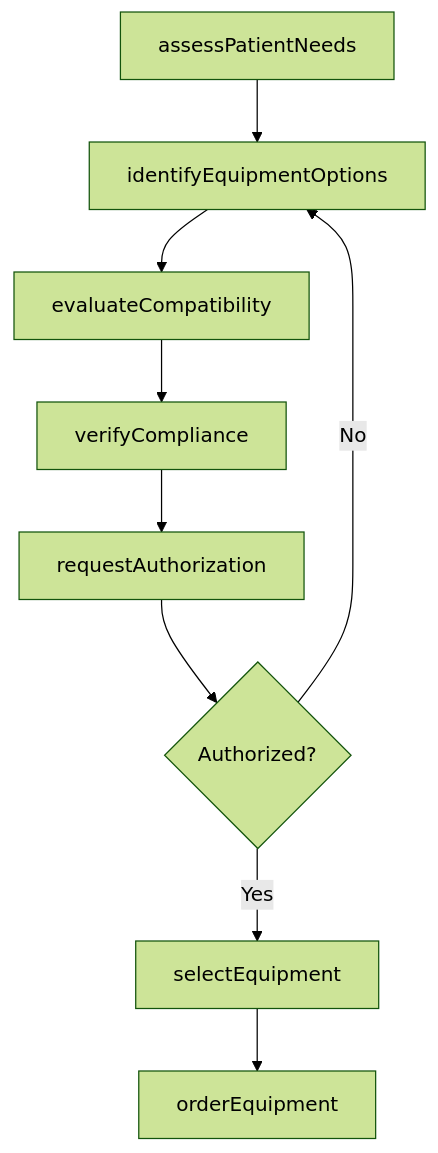
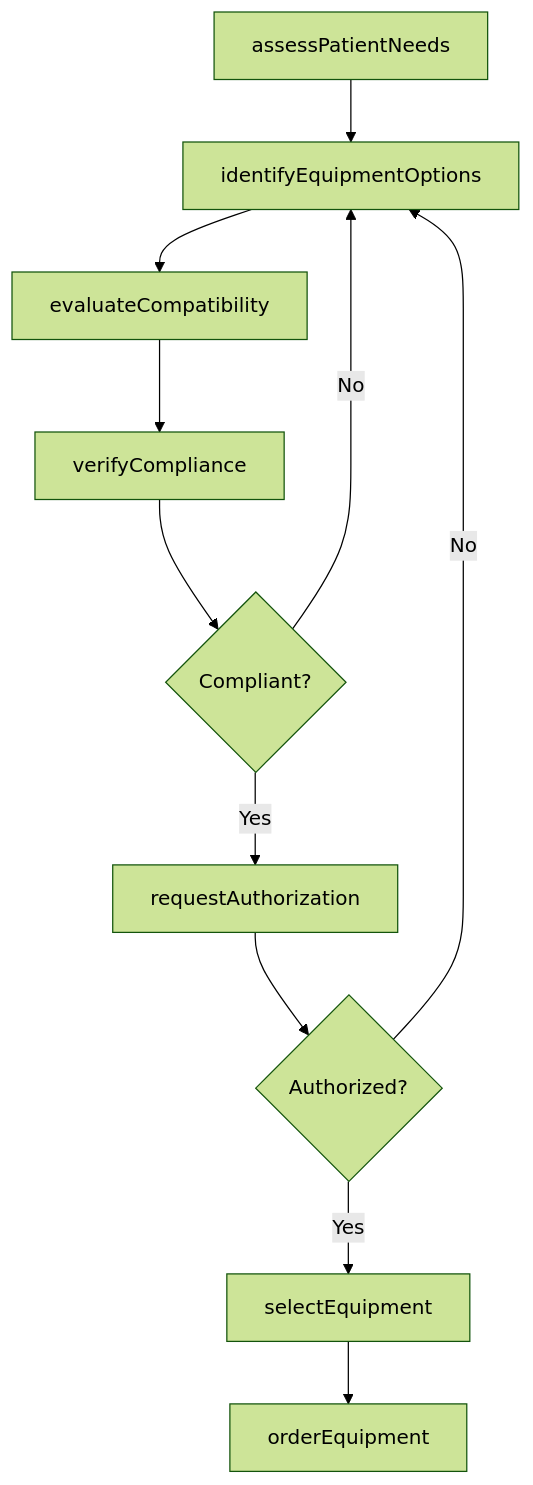
One commit to dot-org-ai/tasks.org.ai changed the third of 4 diagrams in MakingDecisionsAndSolvingProblems/SelectMaterialsOrEquipmentForOperationsOrProjects/SelectMedicalEquipmentAddressingPatient.mdx. Above: the diagram before and after it, drawn with Mermaid (forest theme). The commit also changed other lines of this file and 71 other files, not shown here.

Commit message:
feat: Add ER diagrams, state diagrams to 72 more DWA task files (wave 2 continued)

````diff
--- a/MakingDecisionsAndSolvingProblems/SelectMaterialsOrEquipmentForOperationsOrProjects/SelectMedicalEquipmentAddressingPatient.mdx
+++ b/MakingDecisionsAndSolvingProblems/SelectMaterialsOrEquipmentForOperationsOrProjects/SelectMedicalEquipmentAddressingPatient.mdx
@@ -86,11 +113,13 @@
 ```mermaid
 graph TD
     A[assessPatientNeeds] --> B[identifyEquipmentOptions]
     B --> C[evaluateCompatibility]
     C --> D[verifyCompliance]
-    D --> E[requestAuthorization]
-    E --> F{Authorized?}
-    F -->|Yes| G[selectEquipment]
-    F -->|No| B
-    G --> H[orderEquipment]
+    D --> E{Compliant?}
+    E -->|No| B
+    E -->|Yes| F[requestAuthorization]
+    F --> G{Authorized?}
+    G -->|Yes| H[selectEquipment]
+    G -->|No| B
+    H --> I[orderEquipment]
 ```
````
